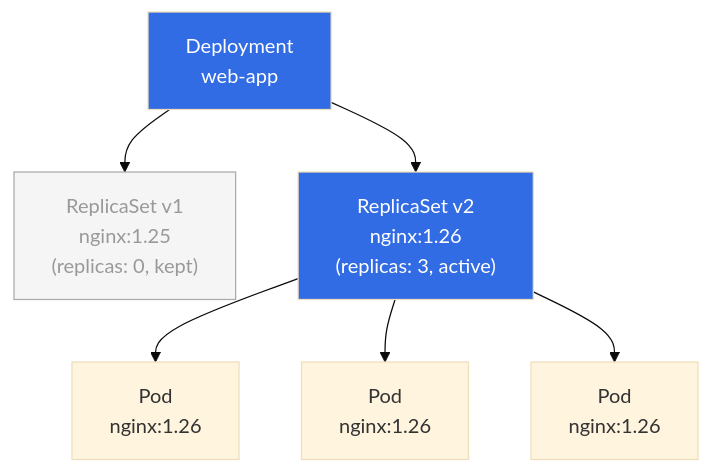
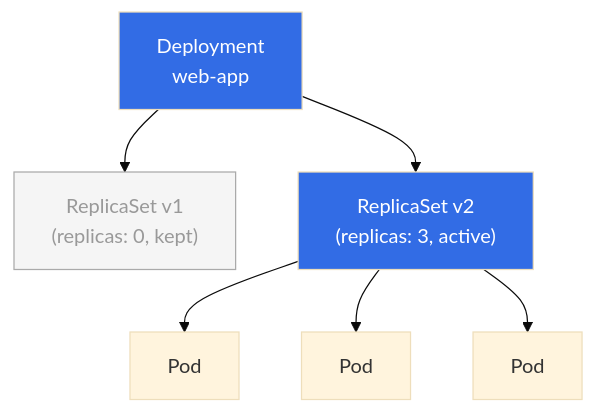
Before and after one commit to Antoine-Flo/kube-mastery: the diagram in src/courses/modules/deployments/01-what-is-a-deployment/en/content.md, drawn with Mermaid (base theme). The commit also changed other lines of this file and 16 other files, not shown here.

````diff
--- a/src/courses/modules/deployments/01-what-is-a-deployment/en/content.md
+++ b/src/courses/modules/deployments/01-what-is-a-deployment/en/content.md
@@ -27,19 +19,19 @@
 ```mermaid
 graph TB
     DEP["Deployment\nweb-app"]
-    RS1["ReplicaSet v1\nnginx:1.25\n(replicas: 0, kept)"]
-    RS2["ReplicaSet v2\nnginx:1.26\n(replicas: 3, active)"]
-    P1["Pod\nnginx:1.26"]
-    P2["Pod\nnginx:1.26"]
-    P3["Pod\nnginx:1.26"]
+    RS1["ReplicaSet v1\n(replicas: 0, kept)"]
+    RS2["ReplicaSet v2\n(replicas: 3, active)"]
+    P1["Pod"]
+    P2["Pod"]
+    P3["Pod"]
 
     DEP --> RS1
     DEP --> RS2
     RS2 --> P1
     RS2 --> P2
     RS2 --> P3
 
     style RS1 fill:#f5f5f5,stroke:#aaa,color:#999
     style DEP fill:#326ce5,color:#fff
     style RS2 fill:#326ce5,color:#fff
 ```
````
